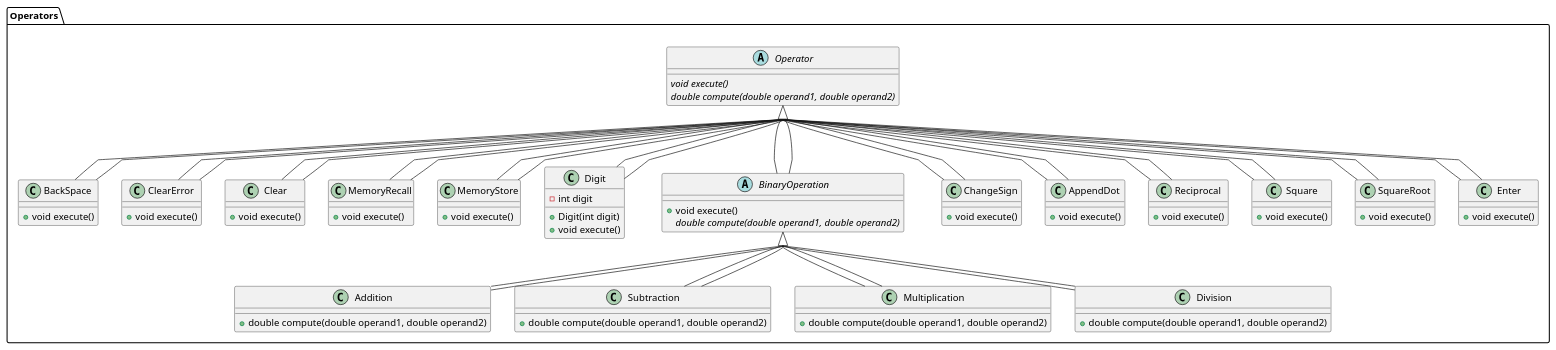
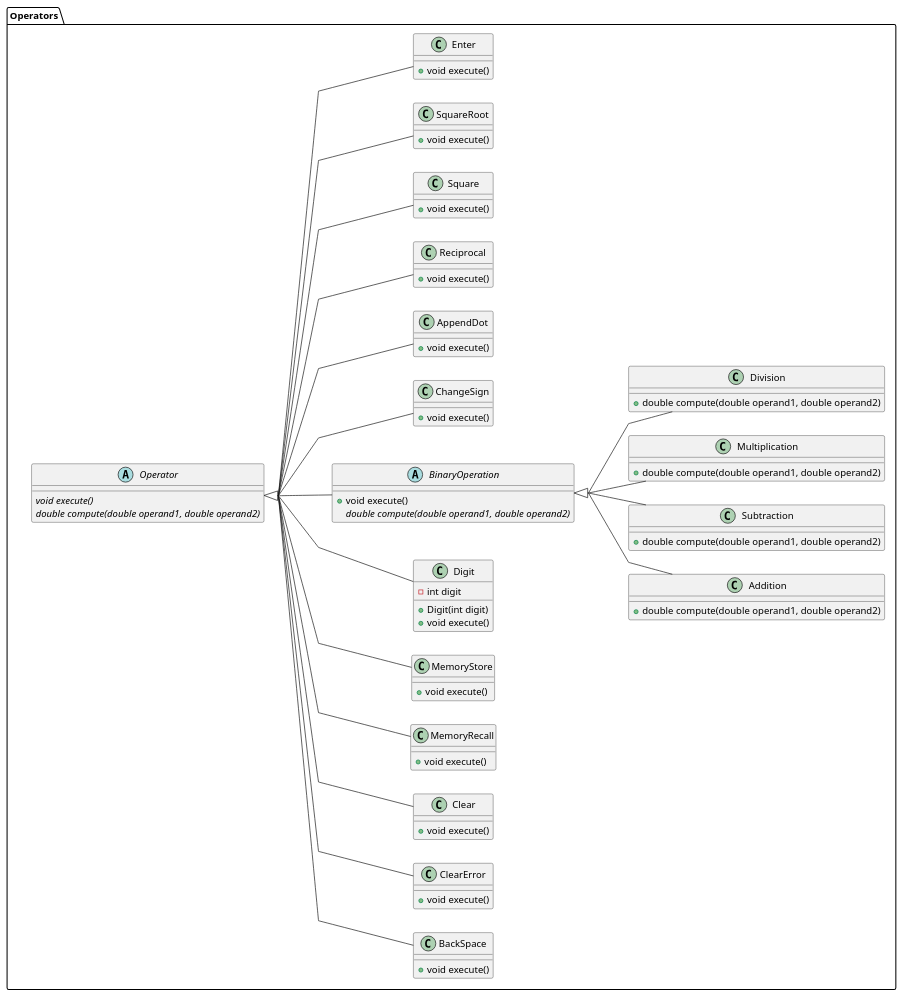
The diagram in UML_Diagrams/Operator_uml.puml (Dansnts/POO-Labo7), drawn with PlantUML before and after one commit. The commit also changed 15 other files, not shown here.

```diff
--- a/UML_Diagrams/Operator_uml.puml
+++ b/UML_Diagrams/Operator_uml.puml
@@ -1,100 +1,83 @@
 @startuml
 skinparam linetype polyline
 skinparam groupInheritance 2
+left to right direction
 package "Operators" {
   abstract class Operator {
     {abstract} void execute()
     {abstract} double compute(double operand1, double operand2)
   }
 
   class BackSpace extends Operator {
     + void execute()
   }
 
   class ClearError extends Operator {
     + void execute()
   }
 
   class Clear extends Operator {
     + void execute()
   }
 
   class MemoryRecall extends Operator {
     + void execute()
   }
 
   class MemoryStore extends Operator {
     + void execute()
   }
 
   class Digit extends Operator {
     - int digit
     + Digit(int digit)
     + void execute()
   }
 
   abstract class BinaryOperation extends Operator {
     + void execute()
     {abstract} double compute(double operand1, double operand2)
   }
 
   class ChangeSign extends Operator {
     + void execute()
   }
 
   class AppendDot extends Operator {
     + void execute()
   }
 
   class Reciprocal extends Operator {
     + void execute()
   }
 
   class Square extends Operator {
     + void execute()
   }
 
   class SquareRoot extends Operator {
     + void execute()
   }
 
   class Addition extends BinaryOperation {
     + double compute(double operand1, double operand2)
   }
 
   class Subtraction extends BinaryOperation {
     + double compute(double operand1, double operand2)
   }
 
   class Multiplication extends BinaryOperation {
     + double compute(double operand1, double operand2)
   }
 
   class Division extends BinaryOperation {
     + double compute(double operand1, double operand2)
   }
 
   class Enter extends Operator {
     + void execute()
   }
 
-  Operator <|-- BackSpace
-  Operator <|-- ClearError
-  Operator <|-- Clear
-  Operator <|-- MemoryRecall
-  Operator <|-- MemoryStore
-  Operator <|-- Digit
-  Operator <|-- ChangeSign
-  Operator <|-- AppendDot
-  Operator <|-- Reciprocal
-  Operator <|-- Square
-  Operator <|-- SquareRoot
-  Operator <|-- BinaryOperation
-  Operator <|-- Enter
-
-  BinaryOperation <|-- Addition
-  BinaryOperation <|-- Subtraction
-  BinaryOperation <|-- Multiplication
-  BinaryOperation <|-- Division
 }
 @enduml
```
